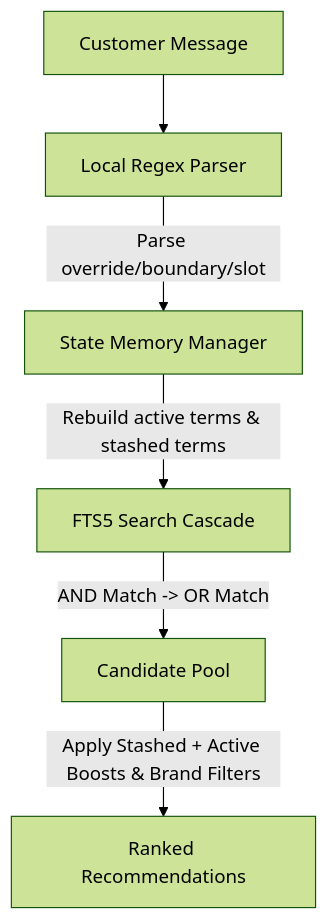
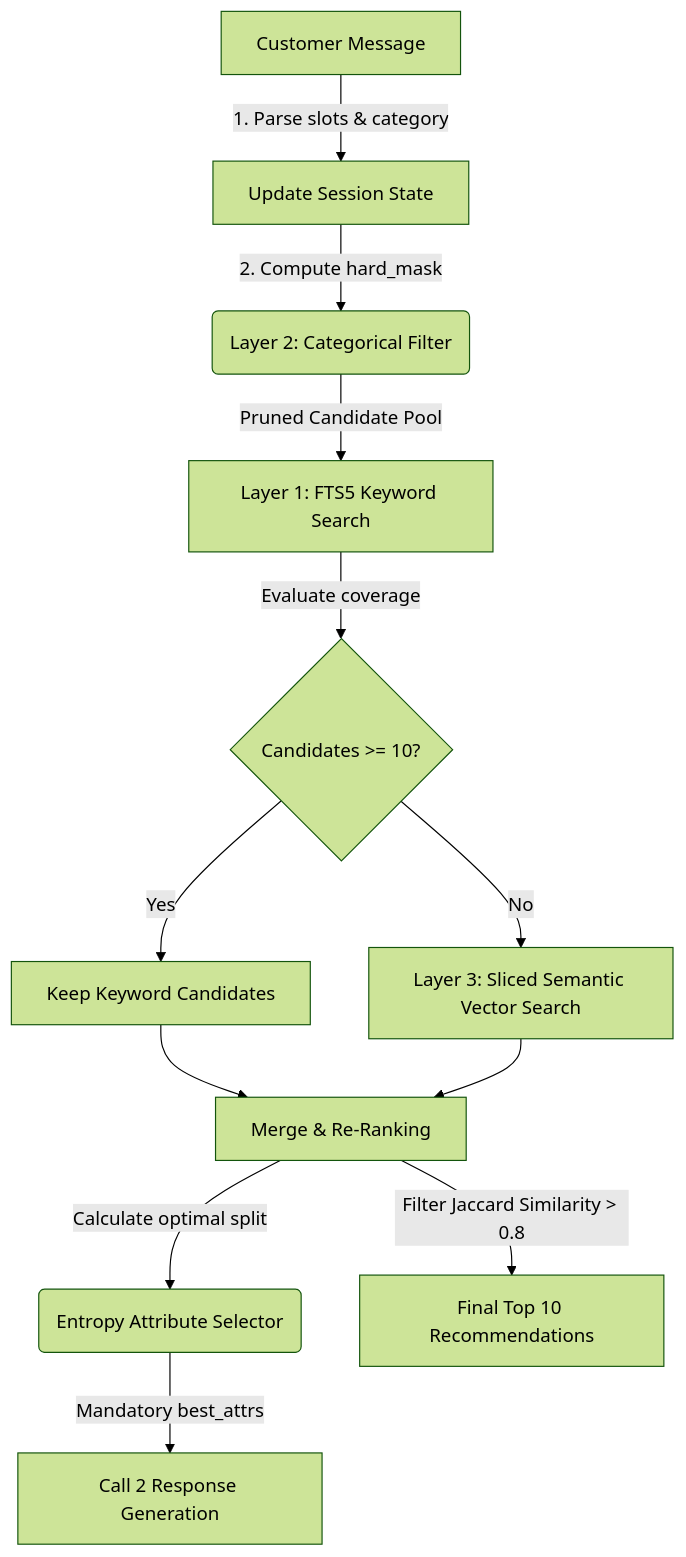
The diagram in experiment_1/agent_doc.md (nickolaschua/reptechjam2026), drawn with Mermaid (forest theme) before and after one commit. The commit also changed other lines of this file and 4 other files, not shown here.

````diff
--- a/experiment_1/agent_doc.md
+++ b/experiment_1/agent_doc.md
@@ -11,8 +162,14 @@
 ```mermaid
 graph TD
-    A[Customer Message] --> B[Local Regex Parser]
-    B -->|Parse override/boundary/slot| C[State Memory Manager]
-    C -->|Rebuild active terms & stashed terms| D[FTS5 Search Cascade]
-    D -->|AND Match -> OR Match| E[Candidate Pool]
-    E -->|Apply Stashed + Active Boosts & Brand Filters| F[Ranked Recommendations]
+    A[Customer Message] -->|1. Parse slots & category| B[Update Session State]
+    B -->|2. Compute hard_mask| C(Layer 2: Categorical Filter)
+    C -->|Pruned Candidate Pool| D[Layer 1: FTS5 Keyword Search]
+    D -->|Evaluate coverage| E{Candidates >= 10?}
+    E -->|Yes| F[Keep Keyword Candidates]
+    E -->|No| G[Layer 3: Sliced Semantic Vector Search]
+    F --> H[Merge & Re-Ranking]
+    G --> H
+    H -->|Calculate optimal split| J(Entropy Attribute Selector)
+    J -->|Mandatory best_attrs| K[Call 2 Response Generation]
+    H -->|Filter Jaccard Similarity > 0.8| I[Final Top 10 Recommendations]
 ```
````
